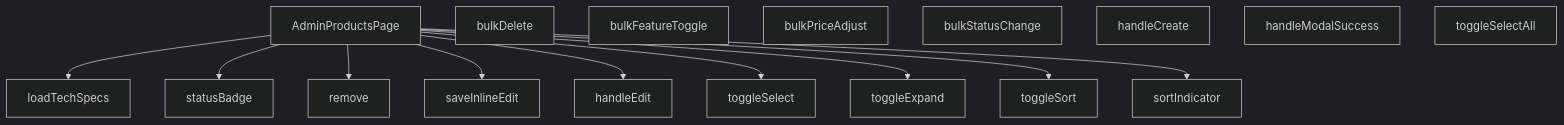
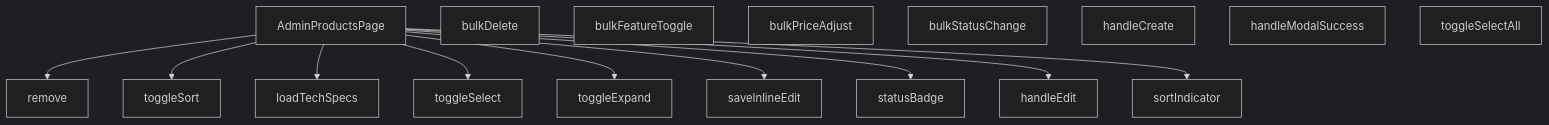
One commit to peckop/venthub-hvac-esite changed the diagram in src/views/admin/AdminProductsPage.md. Above: the diagram before and after it, drawn with Mermaid (dark theme). The commit also changed other lines of this file and 7 other files, not shown here.

````diff
--- a/src/views/admin/AdminProductsPage.md
+++ b/src/views/admin/AdminProductsPage.md
@@ -195,29 +195,29 @@
 ```mermaid
 graph TD
     AdminProductsPage_tsx__AdminProductsPage["AdminProductsPage"]
     AdminProductsPage_tsx__bulkDelete["bulkDelete"]
     AdminProductsPage_tsx__bulkFeatureToggle["bulkFeatureToggle"]
     AdminProductsPage_tsx__bulkPriceAdjust["bulkPriceAdjust"]
     AdminProductsPage_tsx__bulkStatusChange["bulkStatusChange"]
     AdminProductsPage_tsx__handleCreate["handleCreate"]
     AdminProductsPage_tsx__handleEdit["handleEdit"]
     AdminProductsPage_tsx__handleModalSuccess["handleModalSuccess"]
     AdminProductsPage_tsx__loadTechSpecs["loadTechSpecs"]
     AdminProductsPage_tsx__remove["remove"]
     AdminProductsPage_tsx__saveInlineEdit["saveInlineEdit"]
     AdminProductsPage_tsx__sortIndicator["sortIndicator"]
     AdminProductsPage_tsx__statusBadge["statusBadge"]
     AdminProductsPage_tsx__toggleExpand["toggleExpand"]
     AdminProductsPage_tsx__toggleSelect["toggleSelect"]
     AdminProductsPage_tsx__toggleSelectAll["toggleSelectAll"]
     AdminProductsPage_tsx__toggleSort["toggleSort"]
+    AdminProductsPage_tsx__AdminProductsPage --> AdminProductsPage_tsx__remove
+    AdminProductsPage_tsx__AdminProductsPage --> AdminProductsPage_tsx__toggleSort
     AdminProductsPage_tsx__AdminProductsPage --> AdminProductsPage_tsx__loadTechSpecs
-    AdminProductsPage_tsx__AdminProductsPage --> AdminProductsPage_tsx__statusBadge
-    AdminProductsPage_tsx__AdminProductsPage --> AdminProductsPage_tsx__remove
-    AdminProductsPage_tsx__AdminProductsPage --> AdminProductsPage_tsx__saveInlineEdit
-    AdminProductsPage_tsx__AdminProductsPage --> AdminProductsPage_tsx__handleEdit
     AdminProductsPage_tsx__AdminProductsPage --> AdminProductsPage_tsx__toggleSelect
     AdminProductsPage_tsx__AdminProductsPage --> AdminProductsPage_tsx__toggleExpand
-    AdminProductsPage_tsx__AdminProductsPage --> AdminProductsPage_tsx__toggleSort
+    AdminProductsPage_tsx__AdminProductsPage --> AdminProductsPage_tsx__saveInlineEdit
+    AdminProductsPage_tsx__AdminProductsPage --> AdminProductsPage_tsx__statusBadge
+    AdminProductsPage_tsx__AdminProductsPage --> AdminProductsPage_tsx__handleEdit
     AdminProductsPage_tsx__AdminProductsPage --> AdminProductsPage_tsx__sortIndicator
 ```
````
